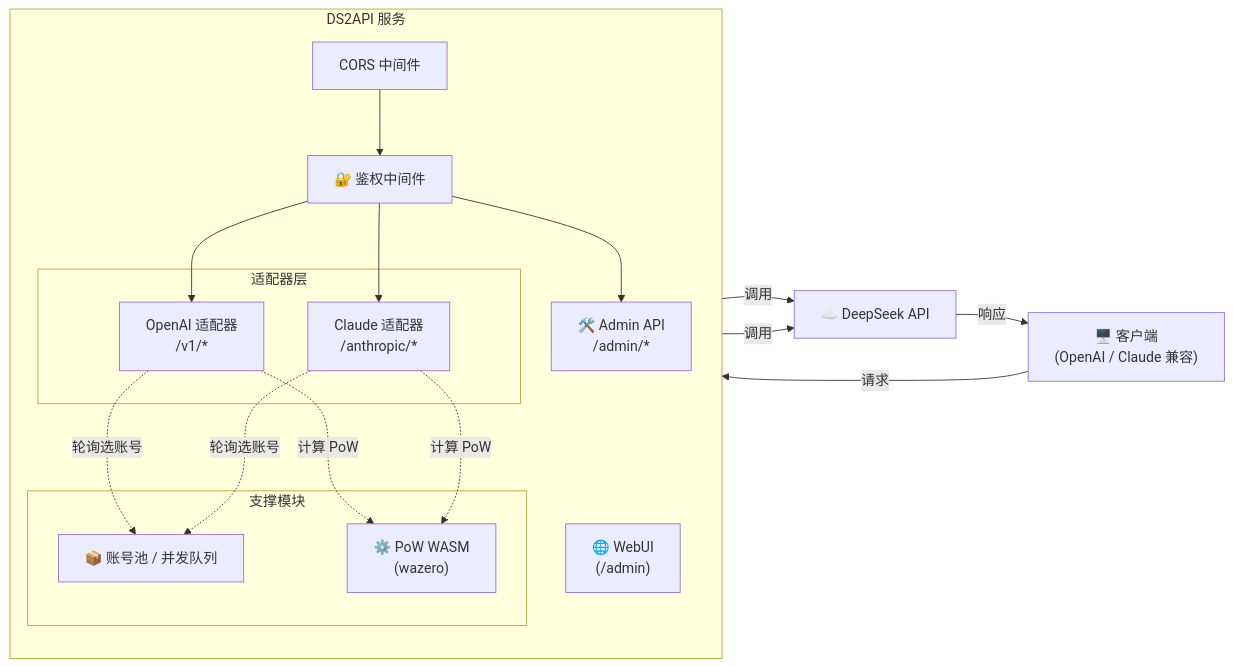
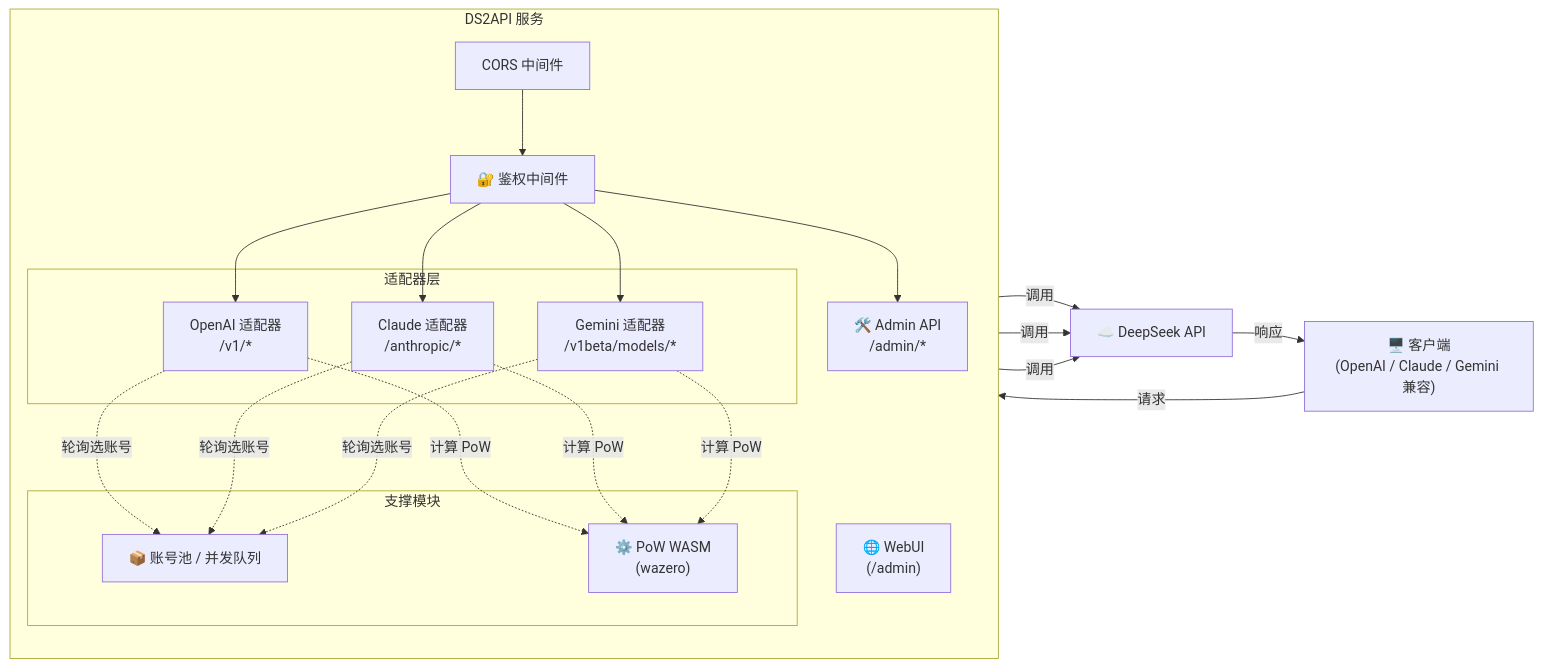
The diagram in README.MD (1cyberlangke1/dsp), drawn with Mermaid before and after one commit. The commit also changed other lines of this file and 25 other files, not shown here.

Commit message:
feat: Improve OpenAI tool call handling by passing unknown tool calls as content and filtering streamed tool calls by schema.

````diff
--- a/README.MD
+++ b/README.MD
@@ -15,33 +15,34 @@
 ```mermaid
 flowchart LR
-    Client["🖥️ 客户端\n(OpenAI / Claude 兼容)"]
+    Client["🖥️ 客户端\n(OpenAI / Claude / Gemini 兼容)"]
 
     subgraph DS2API["DS2API 服务"]
         direction TB
         CORS["CORS 中间件"]
         Auth["🔐 鉴权中间件"]
 
         subgraph Adapters["适配器层"]
             OA["OpenAI 适配器\n/v1/*"]
             CA["Claude 适配器\n/anthropic/*"]
+            GA["Gemini 适配器\n/v1beta/models/*"]
         end
 
         subgraph Support["支撑模块"]
             Pool["📦 账号池 / 并发队列"]
             PoW["⚙️ PoW WASM\n(wazero)"]
         end
 
         Admin["🛠️ Admin API\n/admin/*"]
         WebUI["🌐 WebUI\n(/admin)"]
     end
 
     DS["☁️ DeepSeek API"]
 
     Client -- "请求" --> CORS --> Auth
-    Auth --> OA & CA
-    OA & CA -- "调用" --> DS
+    Auth --> OA & CA & GA
+    OA & CA & GA -- "调用" --> DS
     Auth --> Admin
-    OA & CA -. "轮询选账号" .-> Pool
-    OA & CA -. "计算 PoW" .-> PoW
+    OA & CA & GA -. "轮询选账号" .-> Pool
+    OA & CA & GA -. "计算 PoW" .-> PoW
     DS -- "响应" --> Client
 ```
````
